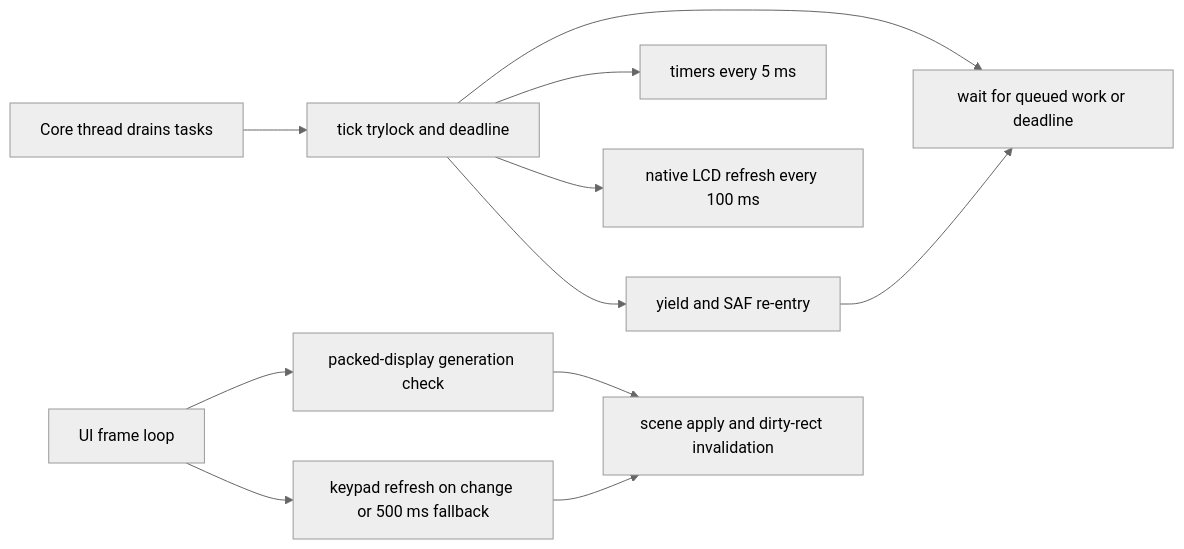
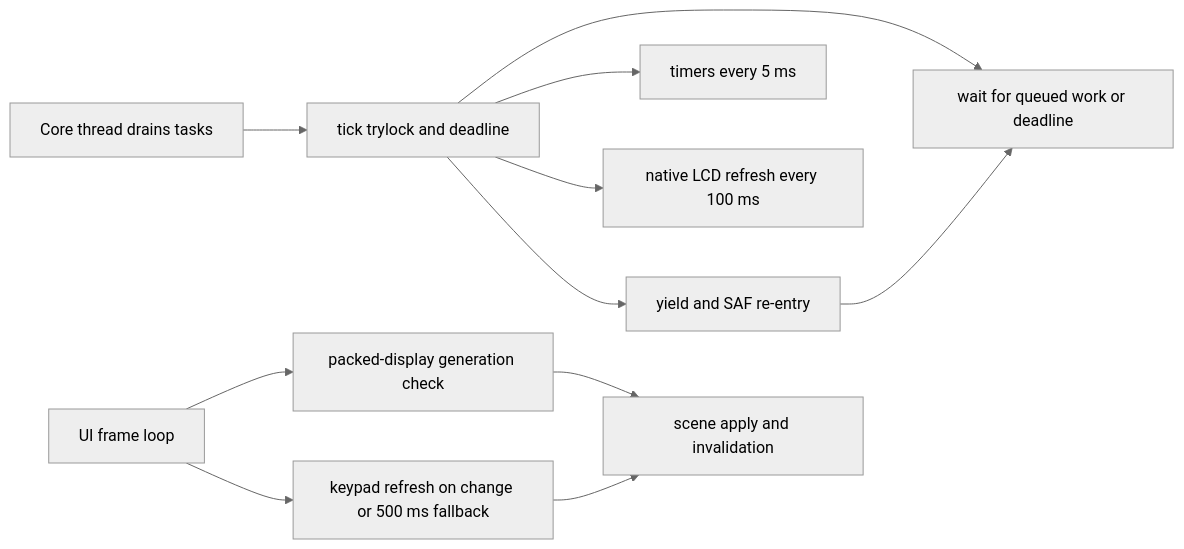
One commit to ppigazzini/r47zen changed the diagram in android/docs/dev/06-runtime-hot-paths.md. Above: the diagram before and after it, drawn with Mermaid (neutral theme). The commit also changed other lines of this file and 11 other files, not shown here.

````diff
--- a/android/docs/dev/06-runtime-hot-paths.md
+++ b/android/docs/dev/06-runtime-hot-paths.md
@@ -27,20 +27,20 @@
 ```mermaid
 flowchart LR
   A[Core thread drains tasks]
   B[tick trylock and deadline]
   C[wait for queued work or deadline]
   D[timers every 5 ms]
   E[native LCD refresh every 100 ms]
   F[UI frame loop]
   G[packed-display generation check]
   H[keypad refresh on change or 500 ms fallback]
-  I[scene apply and dirty-rect invalidation]
+  I[scene apply and invalidation]
   J[yield and SAF re-entry]
 
   A --> B --> C
   B --> D
   B --> E
   F --> G --> I
   F --> H --> I
   B --> J --> C
 ```
````
